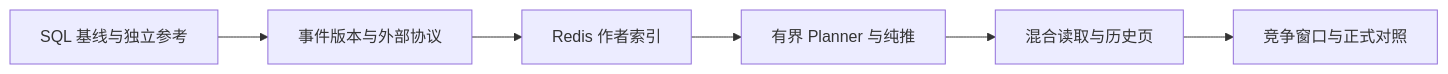
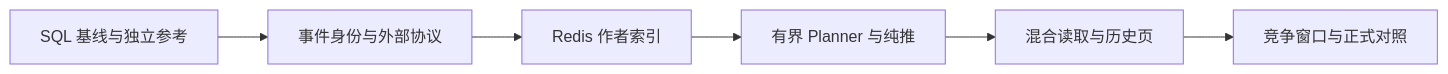
The diagram in notes/fanout/README.md (SCPZ24/NoteX), drawn with Mermaid before and after one commit. The commit also changed other lines of this file and 22 other files, not shown here.

````diff
--- a/notes/fanout/README.md
+++ b/notes/fanout/README.md
@@ -13,8 +15,8 @@
 ```mermaid
 flowchart LR
-    A[SQL 基线与独立参考] --> B[事件版本与外部协议]
+    A[SQL 基线与独立参考] --> B[事件身份与外部协议]
     B --> C[Redis 作者索引]
     C --> D[有界 Planner 与纯推]
     D --> E[混合读取与历史页]
     E --> F[竞争窗口与正式对照]
 ```
````
